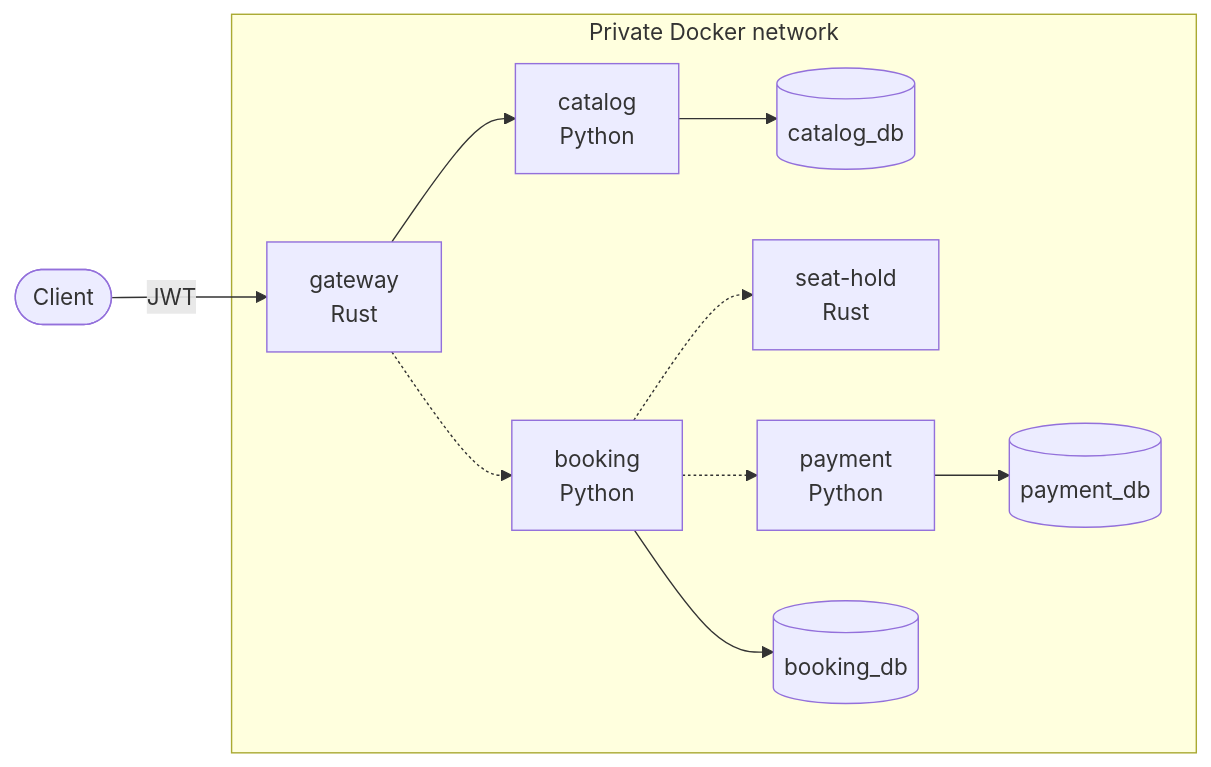
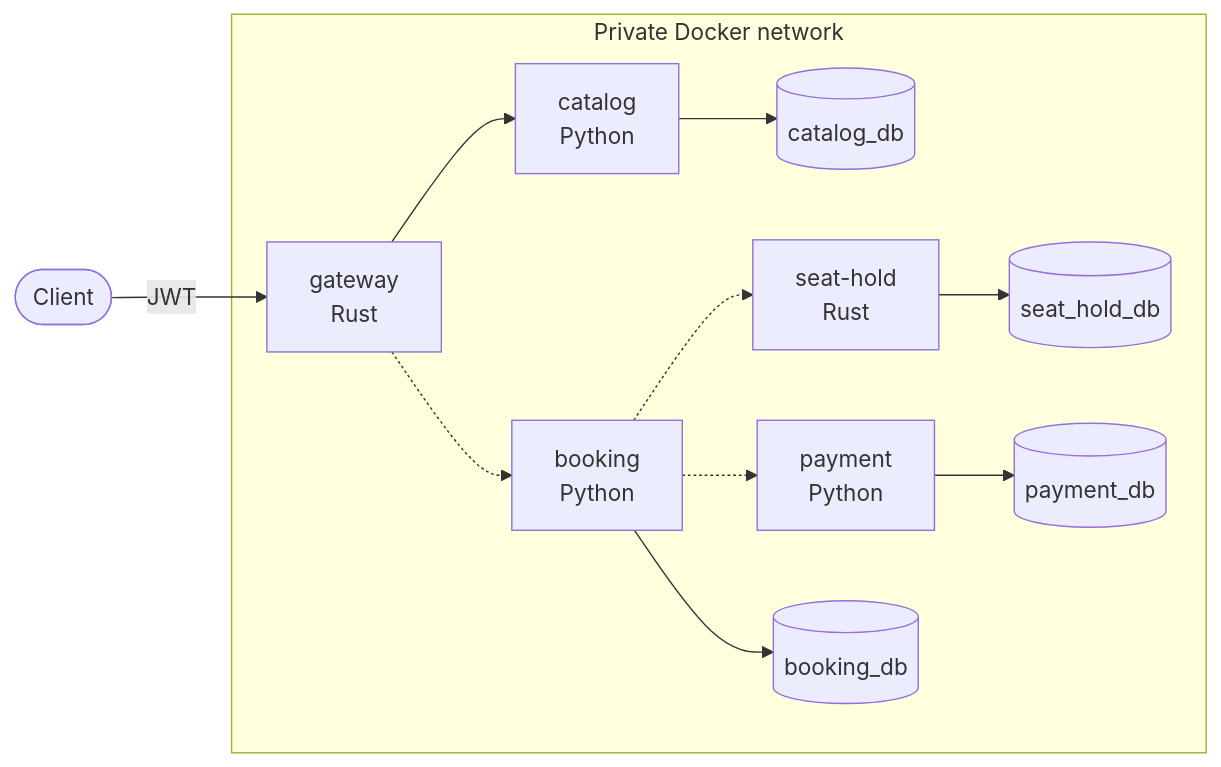
One commit to bzadorozhnyi/ticketing changed the diagram in README.md. Above: the diagram before and after it, drawn with Mermaid. The commit also changed other lines of this file and 42 other files, not shown here.

Commit message:
TIK-18 Added seat-hold service skeleton (#2)

````diff
--- a/README.md
+++ b/README.md
@@ -13,15 +13,16 @@
 ```mermaid
 flowchart LR
     client([Client]) -->|JWT| gateway
 
     subgraph network[Private Docker network]
         gateway[gateway<br/>Rust] --> catalog[catalog<br/>Python]
         gateway -.-> booking[booking<br/>Python]
         booking -.-> seathold[seat-hold<br/>Rust]
         booking -.-> payment[payment<br/>Python]
 
         catalog --> catalogdb[(catalog_db)]
         booking --> bookingdb[(booking_db)]
         payment --> paymentdb[(payment_db)]
+        seathold --> seatholddb[(seat_hold_db)]
     end
 ```
````
